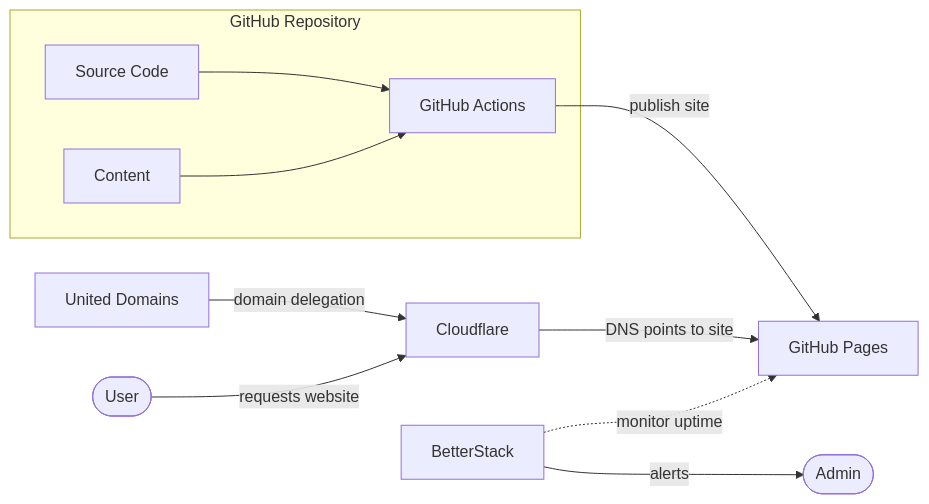
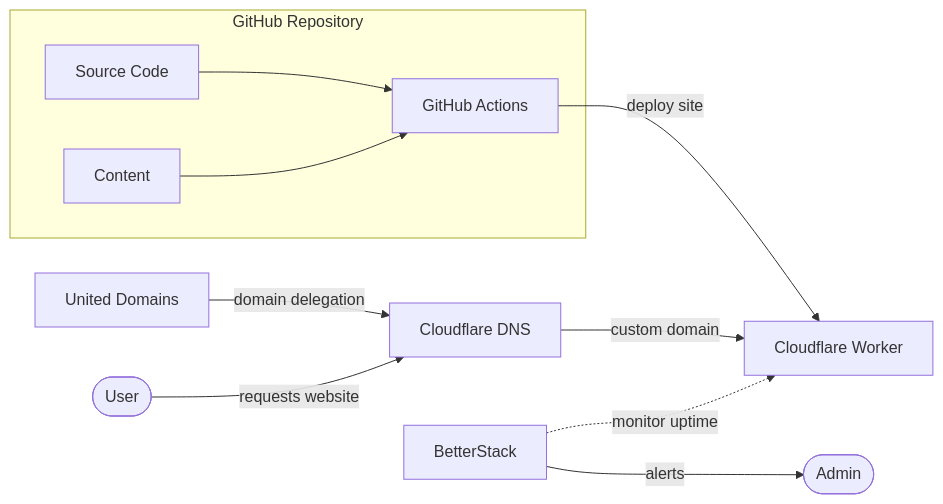
The diagram in README.md (ggarbereder/garbereder.com), drawn with Mermaid before and after one commit. The commit also changed other lines of this file and 2 other files, not shown here.

Commit message:
ci: deploy to Cloudflare Worker static assets instead of GitHub Pages

````diff
--- a/README.md
+++ b/README.md
@@ -8,24 +8,24 @@
 ```mermaid
 flowchart LR
     subgraph GH[GitHub Repository]
         SC[Source Code]
         CT[Content]
         GA[GitHub Actions]
     end
 
-    GP[GitHub Pages]
+    CW[Cloudflare Worker]
     UD[United Domains]
-    CF[Cloudflare]
+    CF[Cloudflare DNS]
     BS[BetterStack]
     U([User])
     A([Admin])
 
     SC --> GA
     CT --> GA
-    GA -->|publish site| GP
+    GA -->|deploy site| CW
     UD -->|domain delegation| CF
-    CF -->|DNS points to site| GP
-    BS -.->|monitor uptime| GP
+    CF -->|custom domain| CW
+    BS -.->|monitor uptime| CW
     U -->|requests website| CF
     BS -->|alerts| A
 ```
````
